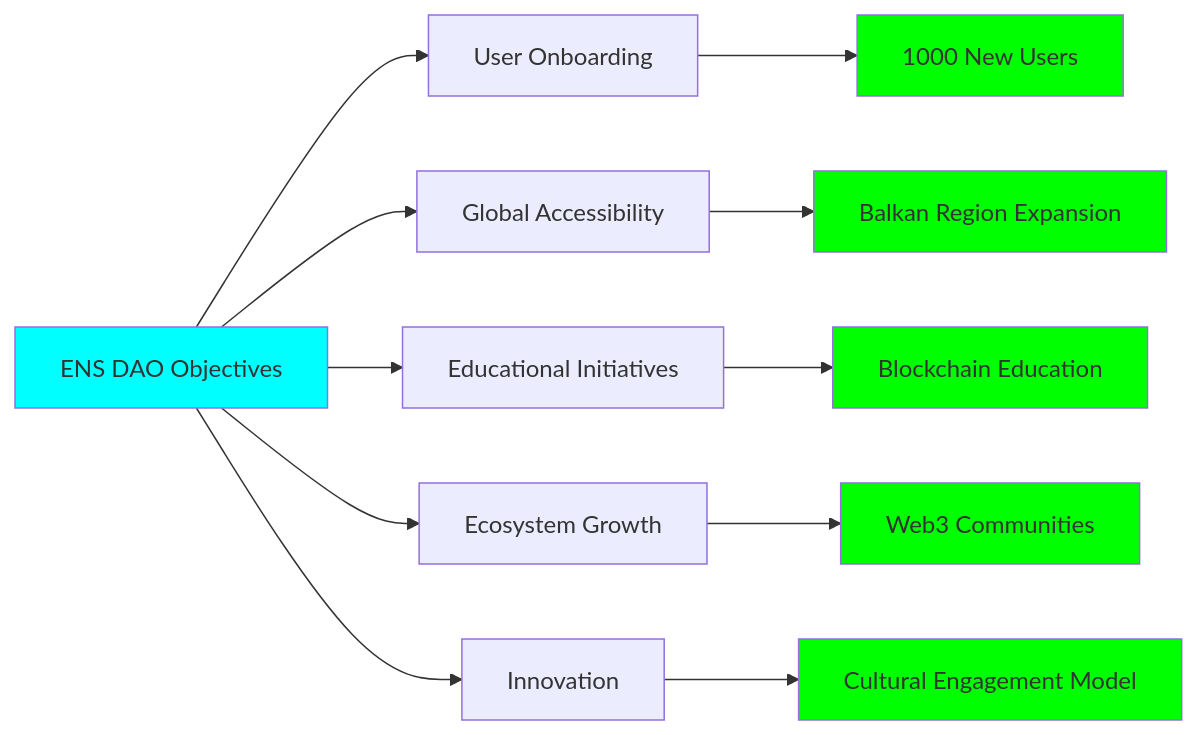
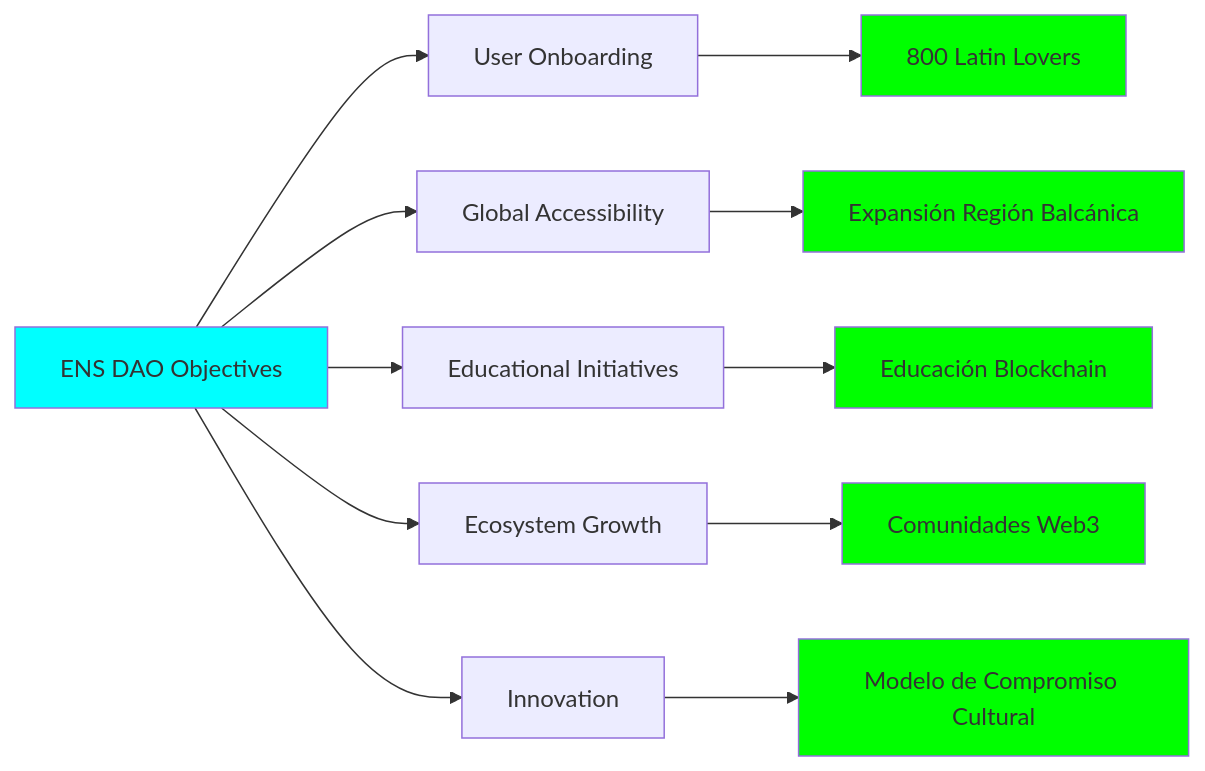
Diagram 12 of 12 in visuals/project-diagrams.md (imrulo/lat.eth), drawn with Mermaid before and after one commit. The commit also changed other lines of this file and 21 other files, not shown here.

````diff
--- a/visuals/project-diagrams.md
+++ b/visuals/project-diagrams.md
@@ -320,21 +320,21 @@
 ```mermaid
 graph LR
     A[ENS DAO Objectives] --> B[User Onboarding]
     A --> C[Global Accessibility]
     A --> D[Educational Initiatives]
     A --> E[Ecosystem Growth]
     A --> F[Innovation]
     
-    B --> B1[1000 New Users]
-    C --> C1[Balkan Region Expansion]
-    D --> D1[Blockchain Education]
-    E --> E1[Web3 Communities]
-    F --> F1[Cultural Engagement Model]
+    B --> B1[800 Latin Lovers]
+    C --> C1[Expansión Región Balcánica]
+    D --> D1[Educación Blockchain]
+    E --> E1[Comunidades Web3]
+    F --> F1[Modelo de Compromiso Cultural]
     
     style A fill:#00ffff
     style B1 fill:#00ff00
     style C1 fill:#00ff00
     style D1 fill:#00ff00
     style E1 fill:#00ff00
     style F1 fill:#00ff00
 ```
````
